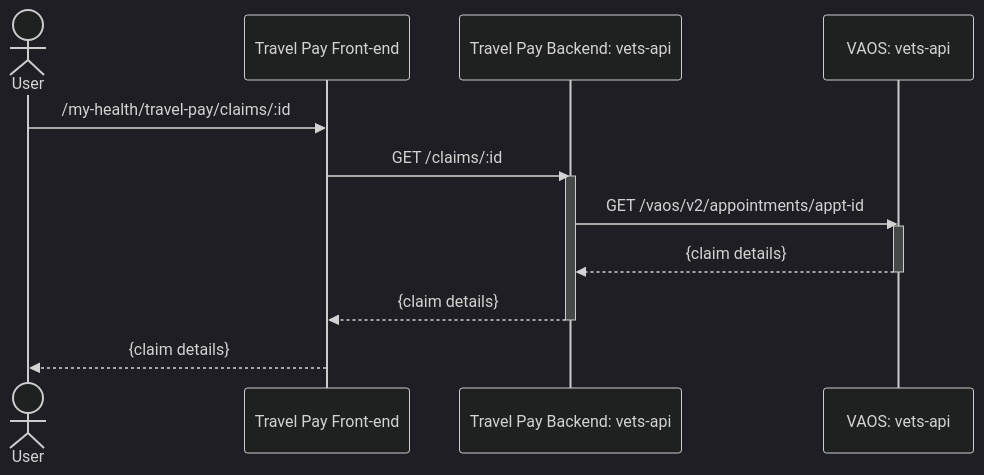
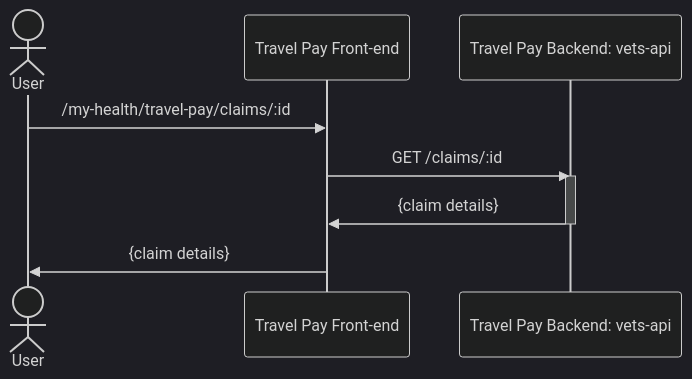
One commit to department-of-veterans-affairs/va.gov-team changed the second of 3 diagrams in products/health-care/beneficiary-travel/engineering/submit-claim/full-sequence-diagram.md. Above: the diagram before and after it, drawn with Mermaid (dark theme). The commit also changed other lines of this file, not shown here.

Commit message:
Simplify status and claim details

````diff
--- a/products/health-care/beneficiary-travel/engineering/submit-claim/full-sequence-diagram.md
+++ b/products/health-care/beneficiary-travel/engineering/submit-claim/full-sequence-diagram.md
@@ -42,21 +30,13 @@
 ```mermaid
 sequenceDiagram
     actor user as User
     participant tp as Travel Pay Front-end
     participant tpm  as Travel Pay Backend: vets-api
-    participant vaos as VAOS: vets-api
 
     user->>tp: /my-health/travel-pay/claims/:id
-
     tp->>tpm: GET /claims/:id
     activate tpm
-
-    tpm ->> vaos: GET /vaos/v2/appointments/appt-id
-    activate vaos
-    vaos-->>tpm: {claim details}
-    deactivate vaos
-
-    tpm-->>tp: {claim details}
+    tpm->>tp: {claim details}
     deactivate tpm
-    tp-->>user: {claim details}
+    tp->>user: {claim details}
 ```
````
